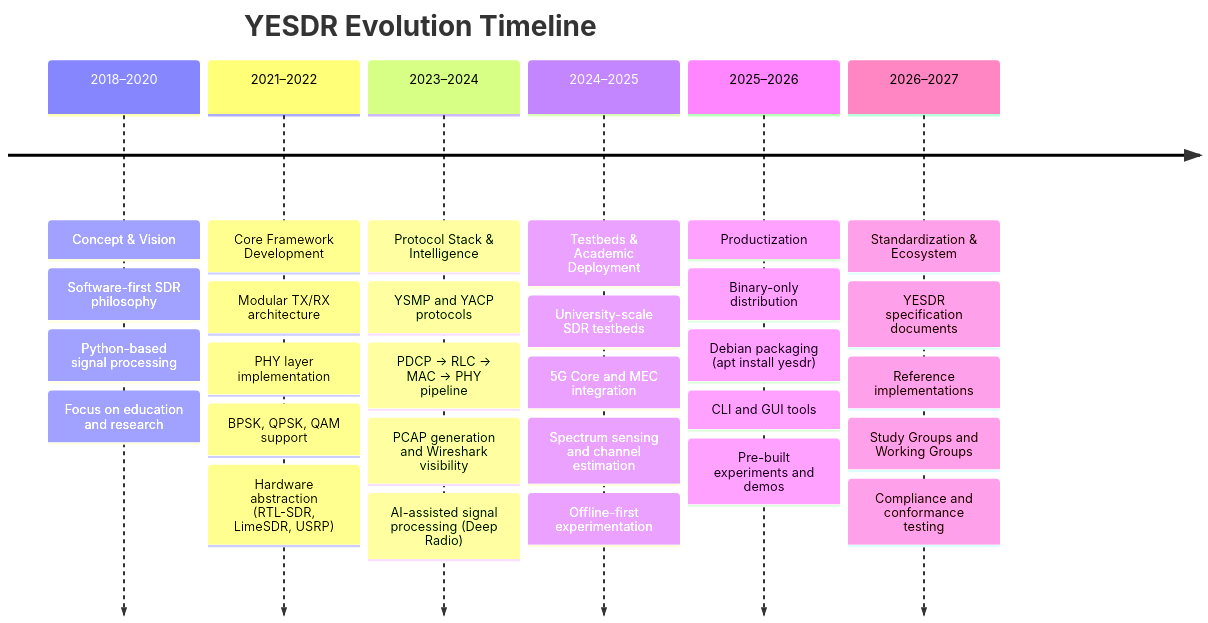
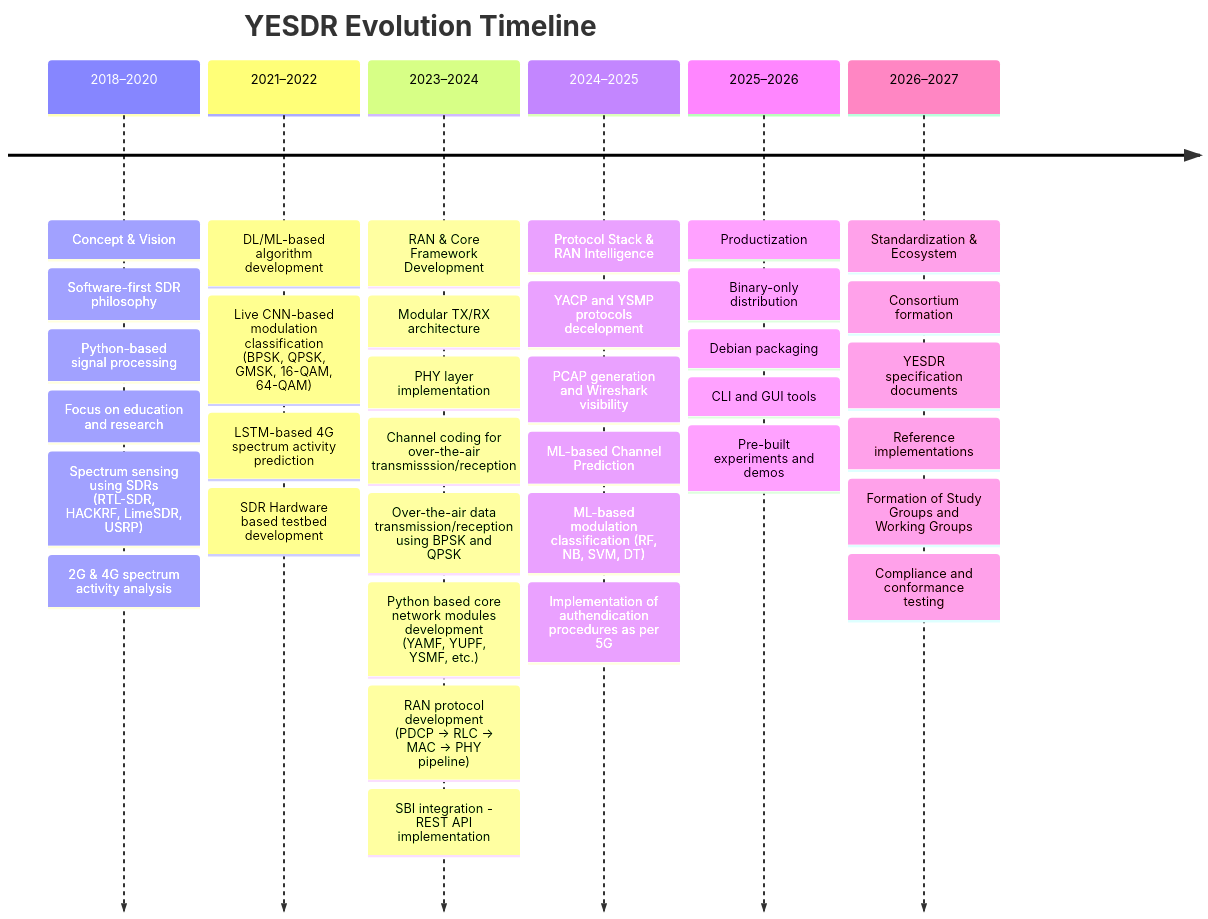
The diagram in docs/history/timeline.md (chandharlabs/yesdr-standard), drawn with Mermaid before and after one commit.

````diff
--- a/docs/history/timeline.md
+++ b/docs/history/timeline.md
@@ -7,41 +7,50 @@
 ```mermaid
 timeline
     title YESDR Evolution Timeline
 
     2018–2020 : Concept & Vision
                : Software-first SDR philosophy
                : Python-based signal processing
                : Focus on education and research
+               : Spectrum sensing using SDRs (RTL-SDR, HACKRF, LimeSDR, USRP)
+               : 2G & 4G spectrum activity analysis
 
-    2021–2022 : Core Framework Development
+    2021–2022 : DL/ML-based algorithm development
+               : Live CNN-based modulation classification (BPSK, QPSK, GMSK, 16-QAM, 64-QAM)
+               : LSTM-based 4G spectrum activity prediction
+               : SDR Hardware based testbed development 
+
+    2023–2024 : RAN & Core Framework Development
                : Modular TX/RX architecture
                : PHY layer implementation
-               : BPSK, QPSK, QAM support
-               : Hardware abstraction (RTL-SDR, LimeSDR, USRP)
+               : Channel coding for over-the-air transmisssion/reception
+               : Over-the-air data transmission/reception using BPSK and QPSK
+               : Python based core network modules development (YAMF, YUPF, YSMF, etc.)
+               : RAN protocol development (PDCP → RLC → MAC → PHY pipeline)
+               : SBI integration - REST API implementation
 
-    2023–2024 : Protocol Stack & Intelligence
-               : YSMP and YACP protocols
-               : PDCP → RLC → MAC → PHY pipeline
+    2024–2025 : Protocol Stack & RAN Intelligence
+               : YACP and YSMP protocols decelopment
                : PCAP generation and Wireshark visibility
-               : AI-assisted signal processing (Deep Radio)
-
-    2024–2025 : Testbeds & Academic Deployment
-               : University-scale SDR testbeds
-               : 5G Core and MEC integration
-               : Spectrum sensing and channel estimation
-               : Offline-first experimentation
+               : ML-based Channel Prediction 
+               : ML-based modulation classification (RF, NB, SVM, DT)
+               : Implementation of authendication procedures as per 5G
 
     2025–2026 : Productization
                : Binary-only distribution
-               : Debian packaging (apt install yesdr)
+               : Debian packaging 
                : CLI and GUI tools
                : Pre-built experiments and demos
 
     2026–2027 : Standardization & Ecosystem
+               : Consortium formation
                : YESDR specification documents
                : Reference implementations
-               : Study Groups and Working Groups
+               : Formation of Study Groups and Working Groups
                : Compliance and conformance testing
                
                
+
+               
+               
 ```
````
